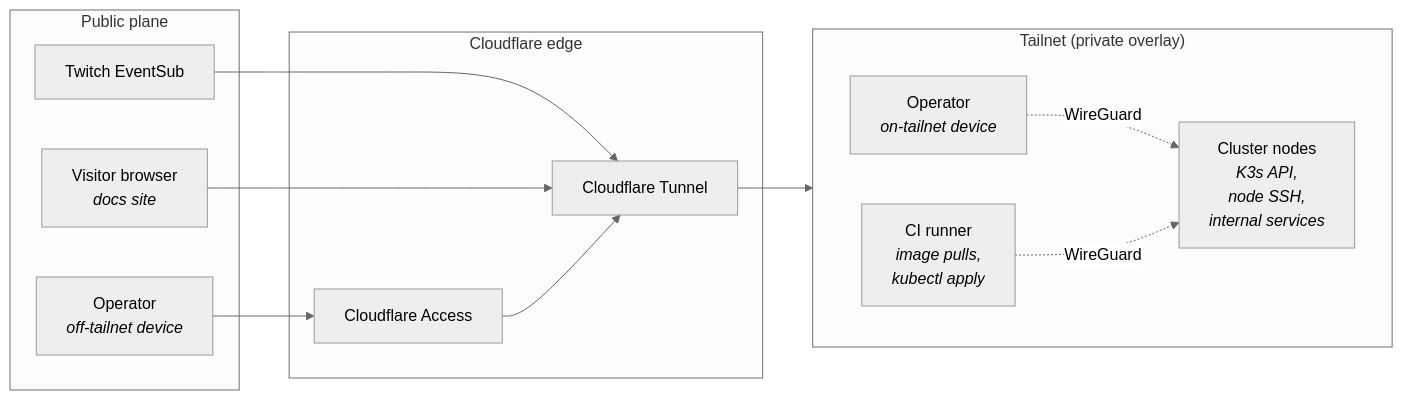
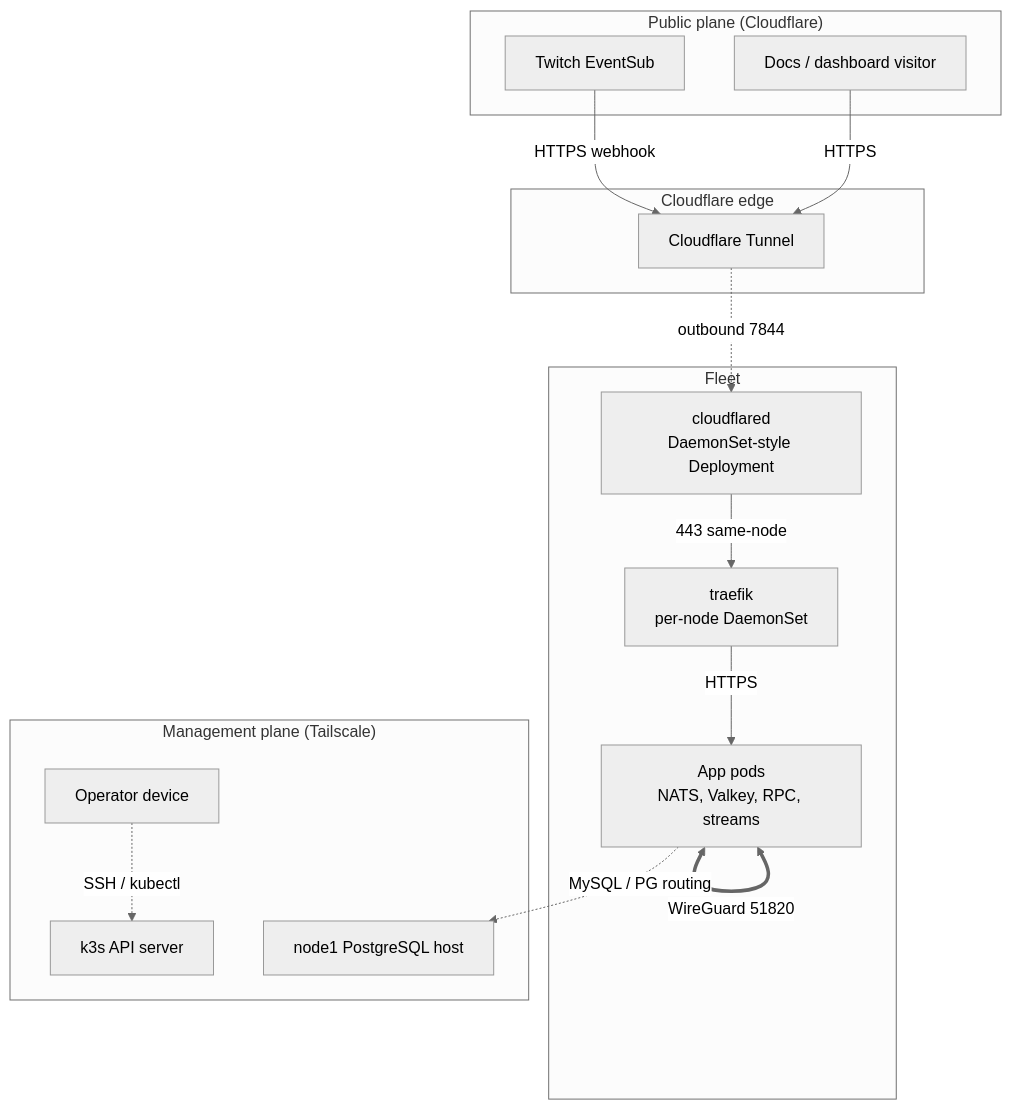
The diagram in docs/src/content/docs/infrastructure/networking.md (AdamOusmer/ItsBagelBot), drawn with Mermaid (neutral theme) before and after one commit. The commit also changed other lines of this file and 27 other files, not shown here.

````diff
--- a/docs/src/content/docs/infrastructure/networking.md
+++ b/docs/src/content/docs/infrastructure/networking.md
@@ -12,29 +12,32 @@
 ```mermaid
-flowchart LR
-    subgraph Public["Public plane"]
+flowchart TB
+    subgraph Public["Public plane (Cloudflare)"]
         Twitch[Twitch EventSub]
-        Browser["Visitor browser<br/><i>docs site</i>"]
-        OperatorOff["Operator<br/><i>off-tailnet device</i>"]
+        Visitor[Docs / dashboard visitor]
     end
 
     subgraph Edge["Cloudflare edge"]
-        Tunnel[Cloudflare Tunnel]
-        Access[Cloudflare Access]
+        CF[Cloudflare Tunnel]
     end
 
-    subgraph Tailnet["Tailnet (private overlay)"]
-        direction LR
-        Nodes["Cluster nodes<br/><i>K3s API,<br/>node SSH,<br/>internal services</i>"]
-        OperatorOn["Operator<br/><i>on-tailnet device</i>"]
-        Runner["CI runner<br/><i>image pulls,<br/>kubectl apply</i>"]
+    subgraph Fleet["Fleet"]
+        CFD["cloudflared<br/>DaemonSet-style Deployment"]
+        Traefik["traefik<br/>per-node DaemonSet"]
+        Apps["App pods<br/>NATS, Valkey, RPC, streams"]
     end
 
-    Twitch --> Tunnel
-    Browser --> Tunnel
-    OperatorOff --> Access
-    Access --> Tunnel
-    Tunnel --> Nodes
+    subgraph Mgmt["Management plane (Tailscale)"]
+        Op[Operator device]
+        API[k3s API server]
+        DBHost[node1 PostgreSQL host]
+    end
 
-    OperatorOn -. WireGuard .-> Nodes
-    Runner -. WireGuard .-> Nodes
+    Twitch -- HTTPS webhook --> CF
+    Visitor -- HTTPS --> CF
+    CF -. outbound 7844 .-> CFD
+    CFD -- 443 same-node --> Traefik
+    Traefik -- HTTPS --> Apps
+    Apps <== WireGuard 51820 ==> Apps
+    Op -. SSH / kubectl .-> API
+    Apps -. MySQL / PG routing .-> DBHost
 ```
````
